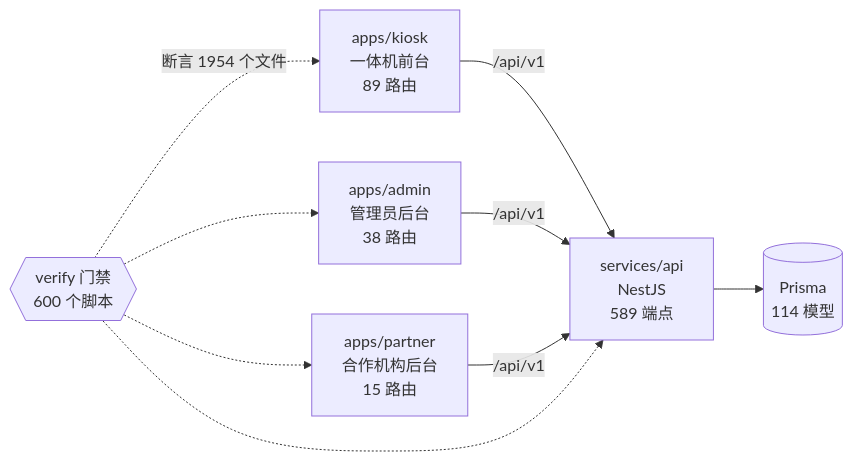
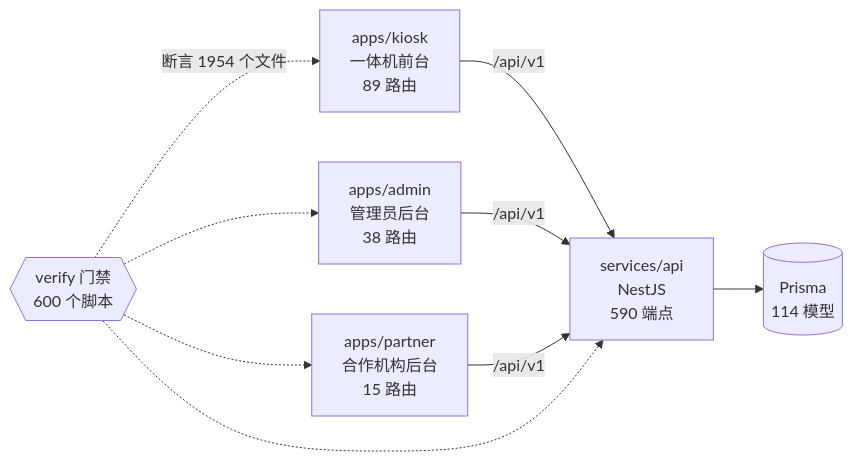
One commit to wanglei581/YITIJI changed the diagram in docs/graph/README.md. Above: the diagram before and after it, drawn with Mermaid. The commit also changed other lines of this file and 7 other files, not shown here.

````diff
--- a/docs/graph/README.md
+++ b/docs/graph/README.md
@@ -68,18 +68,18 @@
 ```mermaid
 flowchart LR
   kiosk["apps/kiosk<br/>一体机前台<br/>89 路由"]
   admin["apps/admin<br/>管理员后台<br/>38 路由"]
   partner["apps/partner<br/>合作机构后台<br/>15 路由"]
-  api["services/api<br/>NestJS<br/>589 端点"]
+  api["services/api<br/>NestJS<br/>590 端点"]
   db[("Prisma<br/>114 模型")]
   gates{{"verify 门禁<br/>600 个脚本"}}
 
   kiosk -->|"/api/v1"| api
   admin -->|"/api/v1"| api
   partner -->|"/api/v1"| api
   api --> db
   gates -.->|"断言 1954 个文件"| kiosk
   gates -.-> admin
   gates -.-> partner
   gates -.-> api
 ```
````
